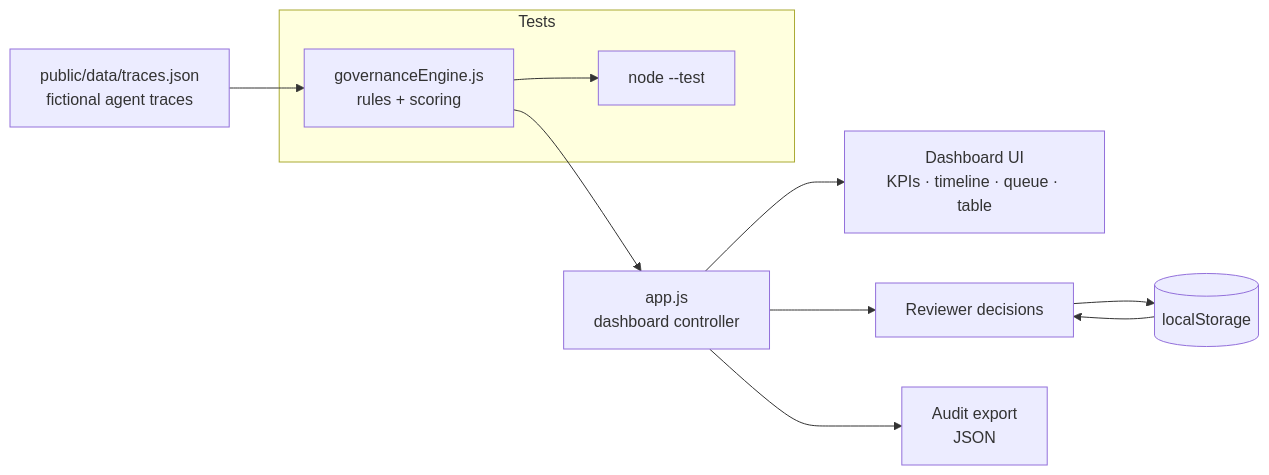
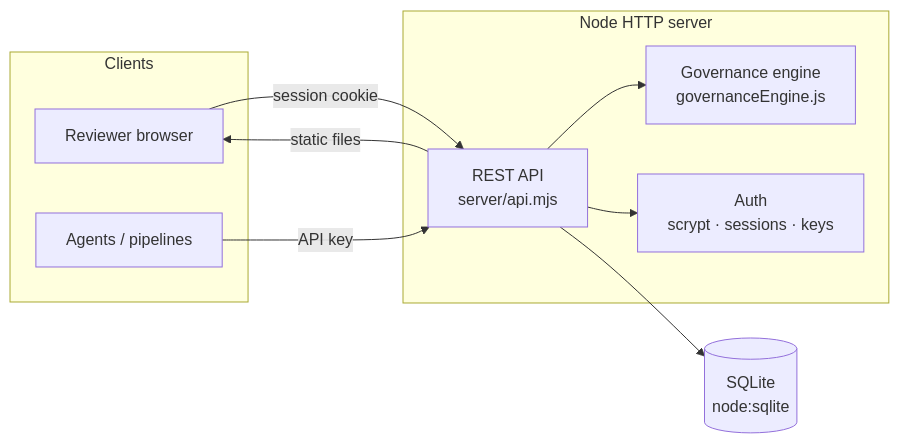
One commit to Zaufanys/CLAUDE-CODE-SYSTEM-PROMPT1 changed the first of 3 diagrams in ai-agent-governance-dashboard/ARCHITECTURE.md. Above: the diagram before and after it, drawn with Mermaid. The commit also changed other lines of this file and 32 other files, not shown here.

First line of the commit message:
Turn dashboard into a full working service (backend + DB + auth)

````diff
--- a/ai-agent-governance-dashboard/ARCHITECTURE.md
+++ b/ai-agent-governance-dashboard/ARCHITECTURE.md
@@ -15,14 +6,18 @@
 ```mermaid
 flowchart LR
-    A[public/data/traces.json<br/>fictional agent traces] --> B[governanceEngine.js<br/>rules + scoring]
-    B --> C[app.js<br/>dashboard controller]
-    C --> D[Dashboard UI<br/>KPIs · timeline · queue · table]
-    C --> E[Reviewer decisions]
-    E --> F[(localStorage)]
-    F --> E
-    C --> G[Audit export<br/>JSON]
-
-    subgraph Tests
-        B --> H[node --test]
+    subgraph Clients
+      B[Reviewer browser]
+      AG[Agents / pipelines]
     end
+    B -- "session cookie" --> API
+    AG -- "API key" --> API
+    subgraph Server[Node HTTP server]
+      API[REST API<br/>server/api.mjs]
+      ENG[Governance engine<br/>governanceEngine.js]
+      AUTH[Auth<br/>scrypt · sessions · keys]
+      API --> ENG
+      API --> AUTH
+    end
+    API --> DB[(SQLite<br/>node:sqlite)]
+    API -- static files --> B
 ```
````
